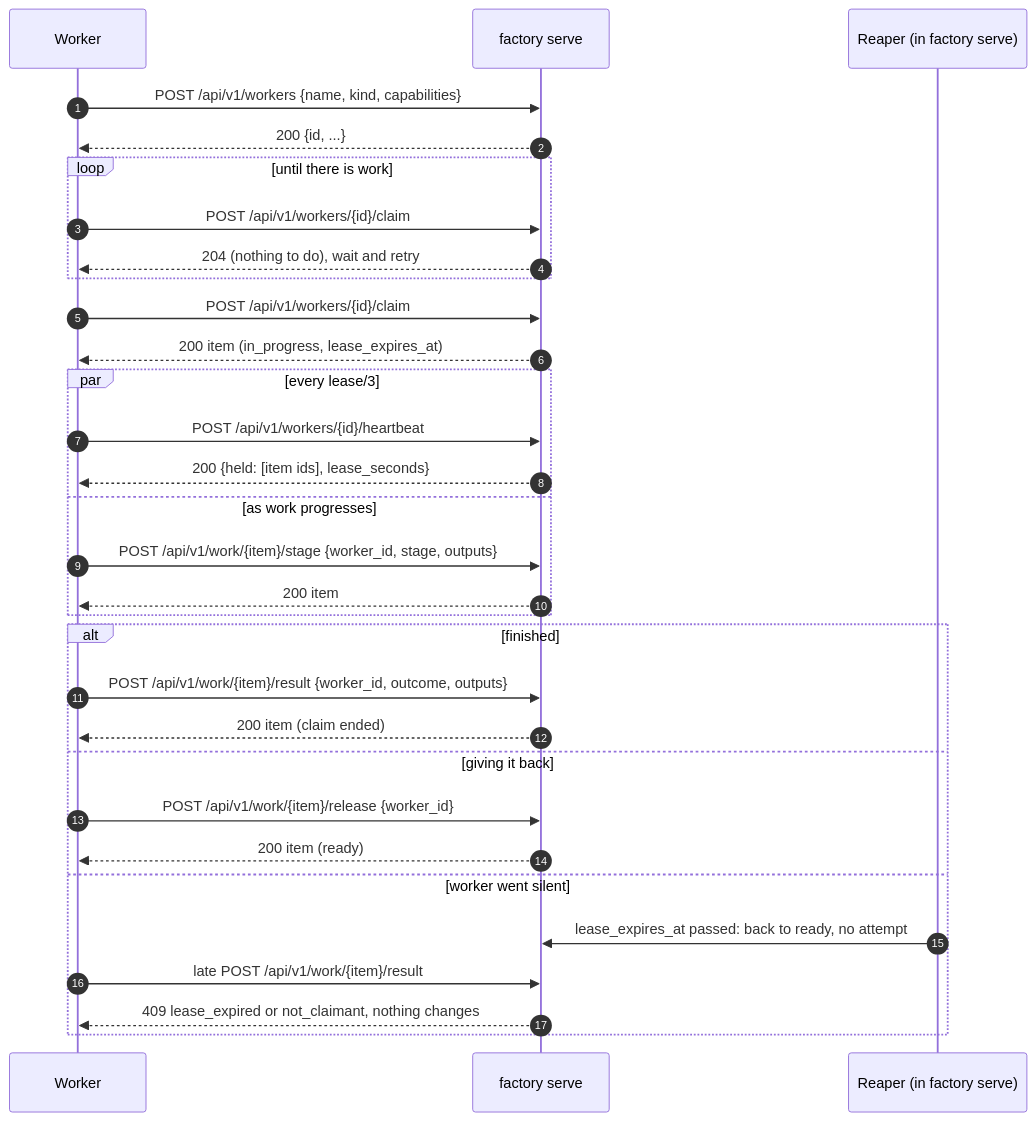
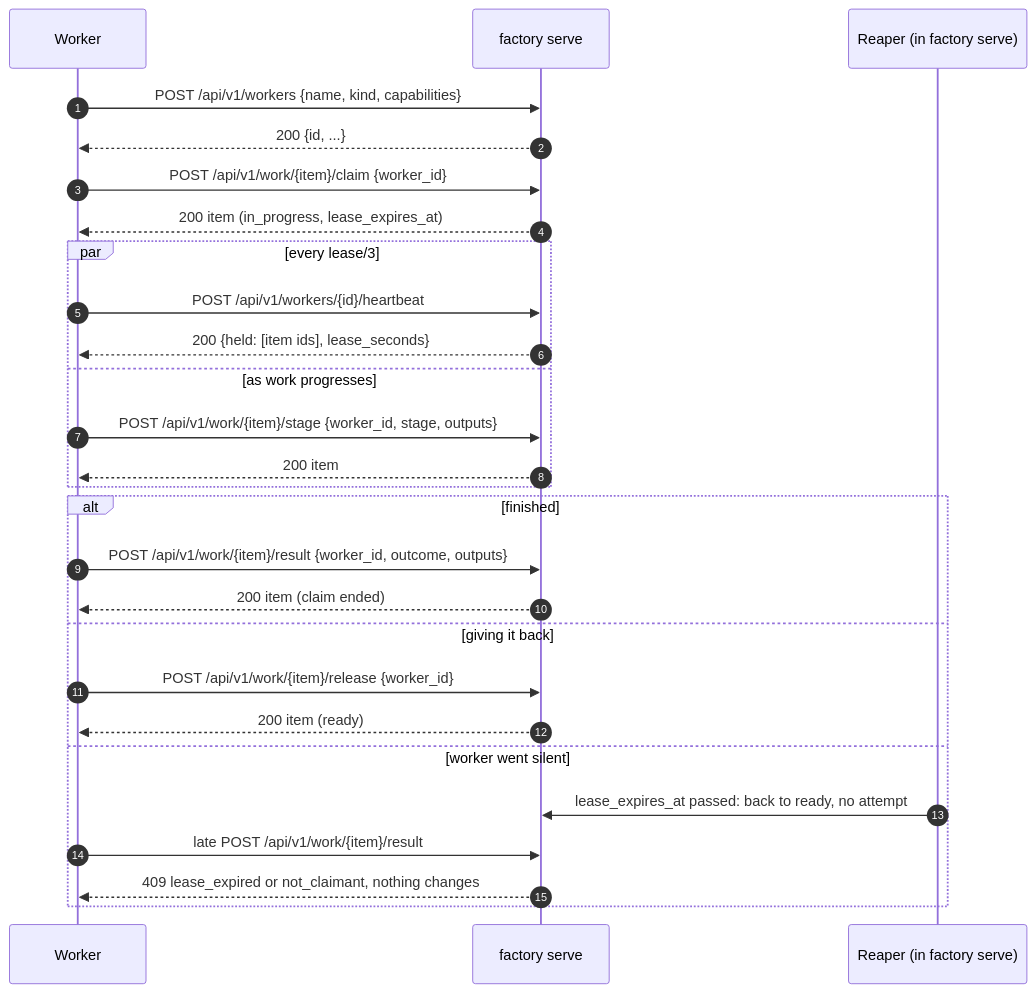
One commit to autobutler-org/factory changed the second of 2 diagrams in docs/architecture/workers.md. Above: the diagram before and after it, drawn with Mermaid. The commit also changed other lines of this file and 28 other files, not shown here.

First line of the commit message:
24: feat(24): plan work as a step graph and execute it (#28)

````diff
--- a/docs/architecture/workers.md
+++ b/docs/architecture/workers.md
@@ -12,33 +142,29 @@
 ```mermaid
 sequenceDiagram
     autonumber
     participant W as Worker
     participant F as factory serve
     participant R as Reaper (in factory serve)
     W->>F: POST /api/v1/workers {name, kind, capabilities}
     F-->>W: 200 {id, ...}
-    loop until there is work
-        W->>F: POST /api/v1/workers/{id}/claim
-        F-->>W: 204 (nothing to do), wait and retry
-    end
-    W->>F: POST /api/v1/workers/{id}/claim
+    W->>F: POST /api/v1/work/{item}/claim {worker_id}
     F-->>W: 200 item (in_progress, lease_expires_at)
     par every lease/3
         W->>F: POST /api/v1/workers/{id}/heartbeat
         F-->>W: 200 {held: [item ids], lease_seconds}
     and as work progresses
         W->>F: POST /api/v1/work/{item}/stage {worker_id, stage, outputs}
         F-->>W: 200 item
     end
     alt finished
         W->>F: POST /api/v1/work/{item}/result {worker_id, outcome, outputs}
         F-->>W: 200 item (claim ended)
     else giving it back
         W->>F: POST /api/v1/work/{item}/release {worker_id}
         F-->>W: 200 item (ready)
     else worker went silent
         R->>F: lease_expires_at passed: back to ready, no attempt
         W->>F: late POST /api/v1/work/{item}/result
         F-->>W: 409 lease_expired or not_claimant, nothing changes
     end
 ```
````
